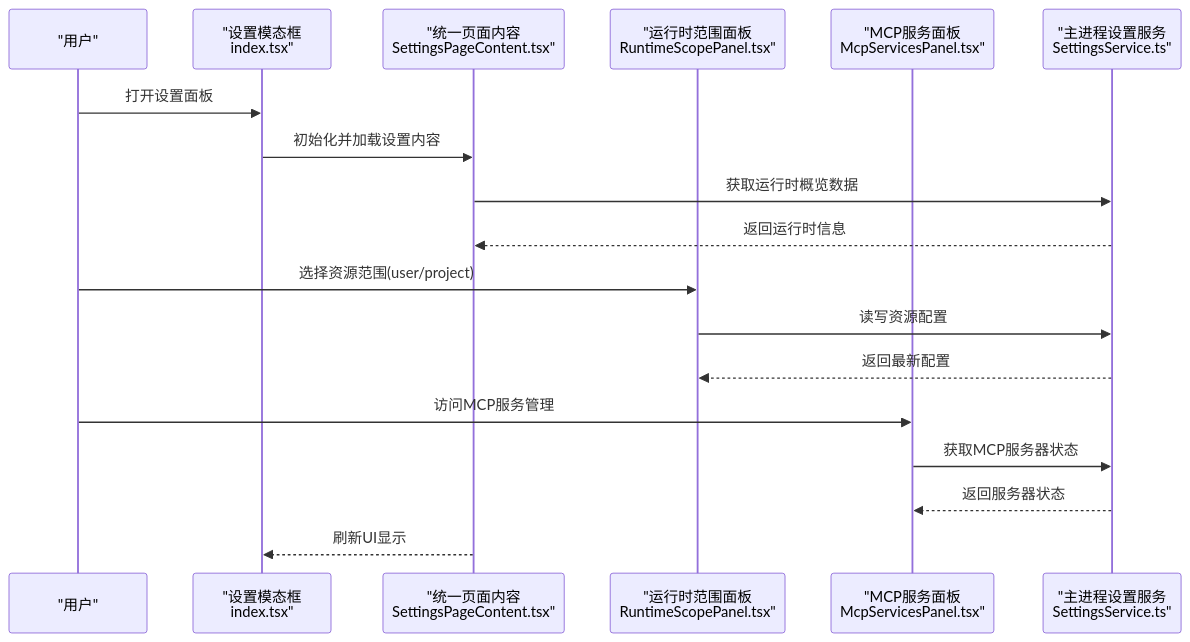
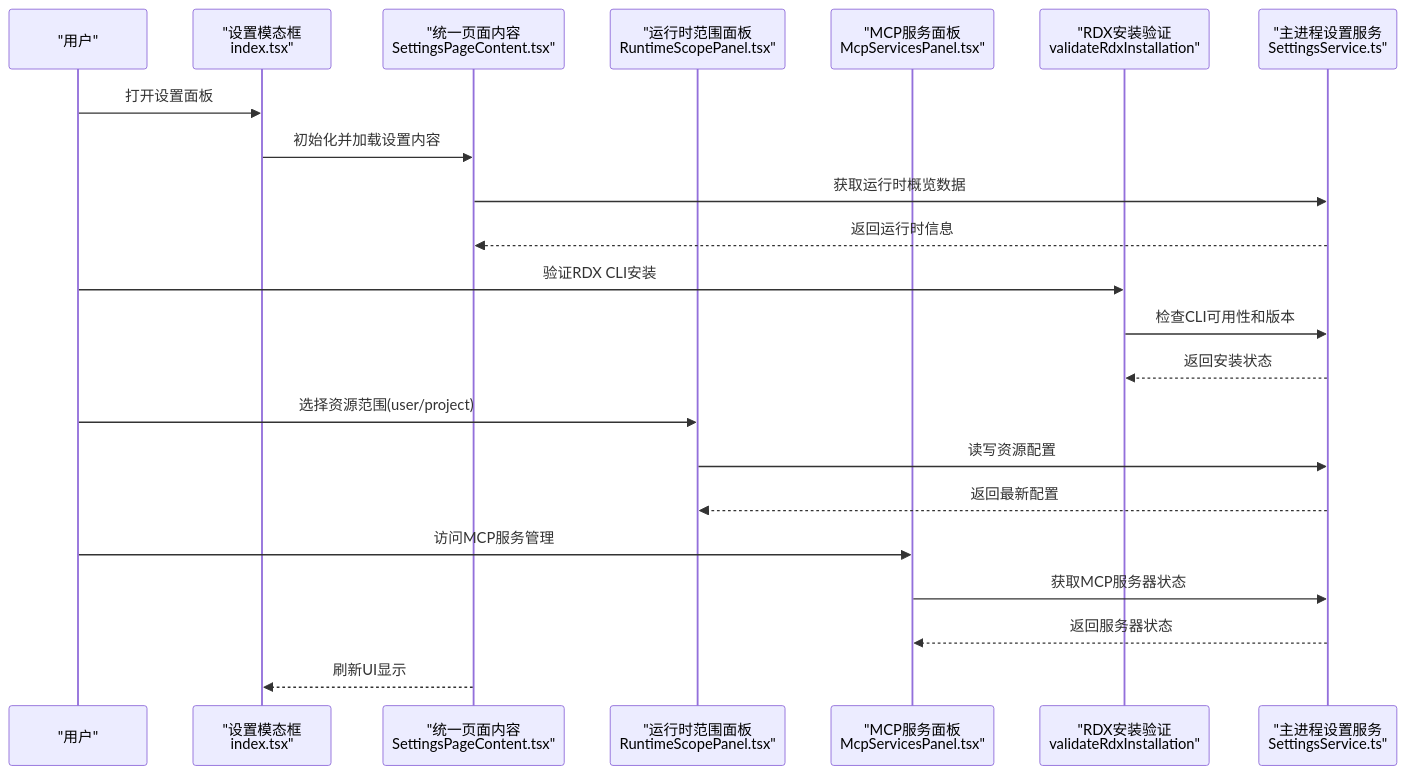
Before and after one commit to haolange/RDC-Agent: the second of 4 diagrams in .qoder/repowiki/zh/content/用户界面/设置面板/设置面板.md, drawn with Mermaid. The commit also changed other lines of this file and 221 other files, not shown here.

````diff
--- a/.qoder/repowiki/zh/content/用户界面/设置面板/设置面板.md
+++ b/.qoder/repowiki/zh/content/用户界面/设置面板/设置面板.md
@@ -111,20 +108,24 @@
 ```mermaid
 sequenceDiagram
 participant U as "用户"
 participant M as "设置模态框<br/>index.tsx"
 participant S as "统一页面内容<br/>SettingsPageContent.tsx"
 participant R as "运行时范围面板<br/>RuntimeScopePanel.tsx"
 participant MCP as "MCP服务面板<br/>McpServicesPanel.tsx"
+participant V as "RDX安装验证<br/>validateRdxInstallation"
 participant P as "主进程设置服务<br/>SettingsService.ts"
 U->>M : 打开设置面板
 M->>S : 初始化并加载设置内容
 S->>P : 获取运行时概览数据
 P-->>S : 返回运行时信息
+U->>V : 验证RDX CLI安装
+V->>P : 检查CLI可用性和版本
+P-->>V : 返回安装状态
 U->>R : 选择资源范围(user/project)
 R->>P : 读写资源配置
 P-->>R : 返回最新配置
 U->>MCP : 访问MCP服务管理
 MCP->>P : 获取MCP服务器状态
 P-->>MCP : 返回服务器状态
 S-->>M : 刷新UI显示
 ```
````
